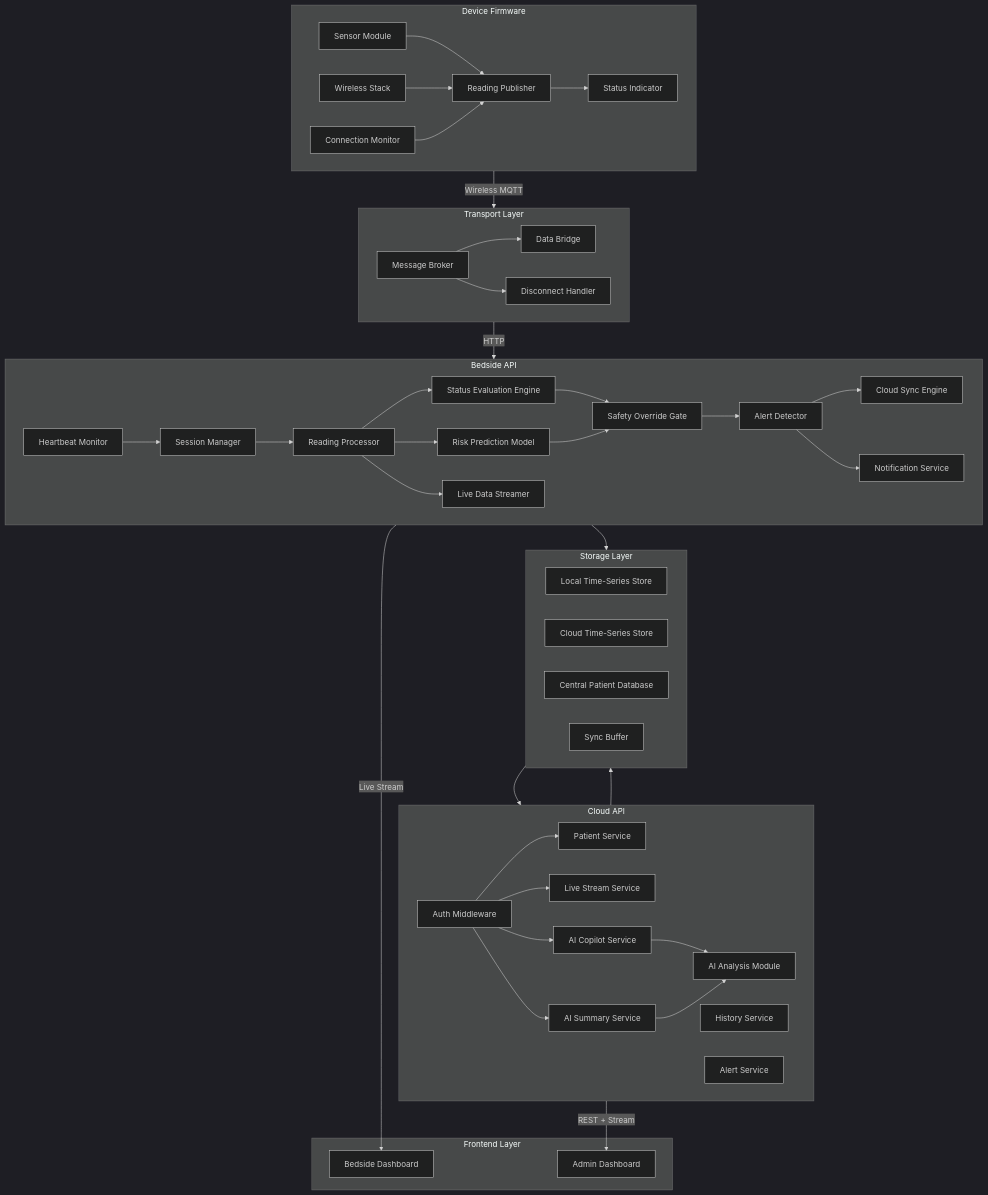
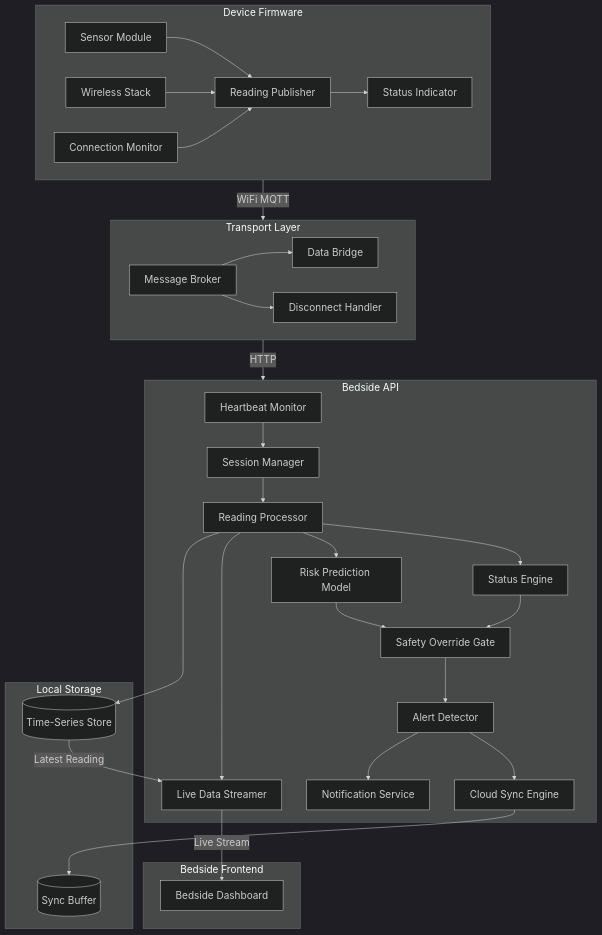
One commit to LIANJIAJUN04/FYP2_T88J182_LianJiaJun changed the second of 22 diagrams in mermaid.md. Above: the diagram before and after it, drawn with Mermaid. The commit also changed other lines of this file and 2 other files, not shown here.

Commit message:
feat: mermaid code updated

````diff
--- a/mermaid.md
+++ b/mermaid.md
@@ -59,5 +61,5 @@
 ```mermaid
-%%{init: {'theme': 'dark', 'themeVariables': {'fontSize': '16px'}}}%%
+%%{init: {'theme': 'dark', 'themeVariables': {'fontSize': '20px'}}}%%
 graph TD
     subgraph FW["Device Firmware"]
         FW1["Sensor Module"]
@@ -80,16 +82,17 @@
     end
 
     subgraph LOCAL_BE["Bedside API"]
+        LB10["Heartbeat Monitor"]
         LB9["Session Manager"]
         LB1["Reading Processor"]
-        LB2["Status Evaluation Engine"]
+        LB2["Status Engine"]
         LB3["Risk Prediction Model"]
         LB4["Safety Override Gate"]
         LB5["Alert Detector"]
         LB6["Cloud Sync Engine"]
         LB7["Notification Service"]
         LB8["Live Data Streamer"]
-        LB10["Heartbeat Monitor"]
+        LB10 --> LB9
         LB9 --> LB1
         LB1 --> LB2
         LB1 --> LB3
@@ -99,43 +102,21 @@
         LB5 --> LB6
         LB5 --> LB7
         LB1 --> LB8
-        LB10 --> LB9
     end
 
-    subgraph CLOUD_BE["Cloud API"]
-        CB1["Auth Middleware"]
-        CB2["Patient Service"]
-        CB3["Live Stream Service"]
-        CB4["History Service"]
-        CB5["Alert Service"]
-        CB6["AI Copilot Service"]
-        CB7["AI Summary Service"]
-        CB8["AI Analysis Module"]
-        CB1 --> CB2
-        CB1 --> CB3
-        CB1 --> CB6
-        CB1 --> CB7
-        CB6 --> CB8
-        CB7 --> CB8
+    subgraph STORAGE["Local Storage"]
+        ST1[("Time-Series Store")]
+        ST4[("Sync Buffer")]
     end
 
-    subgraph STORAGE["Storage Layer"]
-        ST1["Local Time-Series Store"]
-        ST2["Cloud Time-Series Store"]
-        ST3["Central Patient Database"]
-        ST4["Sync Buffer"]
+    subgraph FE["Bedside Frontend"]
+        FE1["Bedside Dashboard"]
     end
 
-    subgraph FE["Frontend Layer"]
-        FE1["Bedside Dashboard"]
-        FE2["Admin Dashboard"]
-    end
-
-    FW -->|"Wireless MQTT"| TRANSPORT
+    FW -->|"WiFi MQTT"| TRANSPORT
     TRANSPORT -->|"HTTP"| LOCAL_BE
-    LOCAL_BE --> STORAGE
-    CLOUD_BE --> STORAGE
-    STORAGE --> CLOUD_BE
-    LOCAL_BE -->|"Live Stream"| FE1
-    CLOUD_BE -->|"REST + Stream"| FE2
+    LB1 --> ST1
+    LB6 --> ST4
+    ST1 -->|"Latest Reading"| LB8
+    LB8 -->|"Live Stream"| FE1
 ```
````
